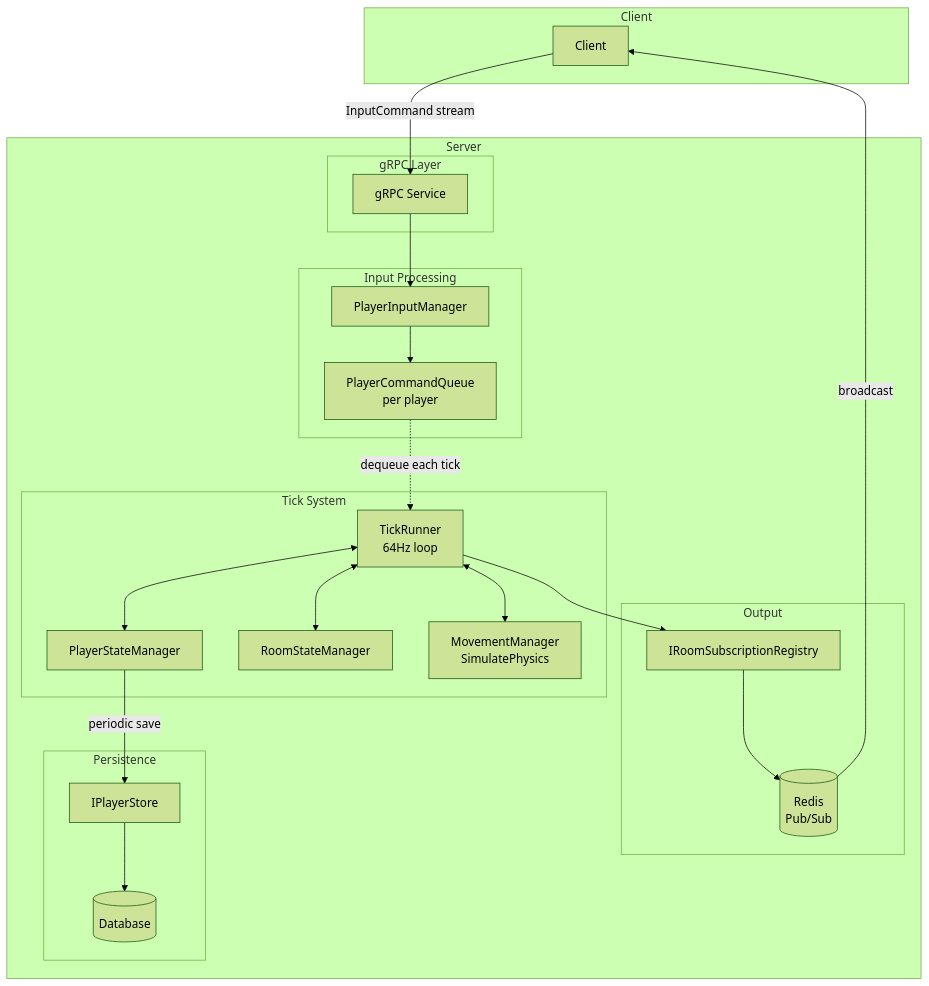
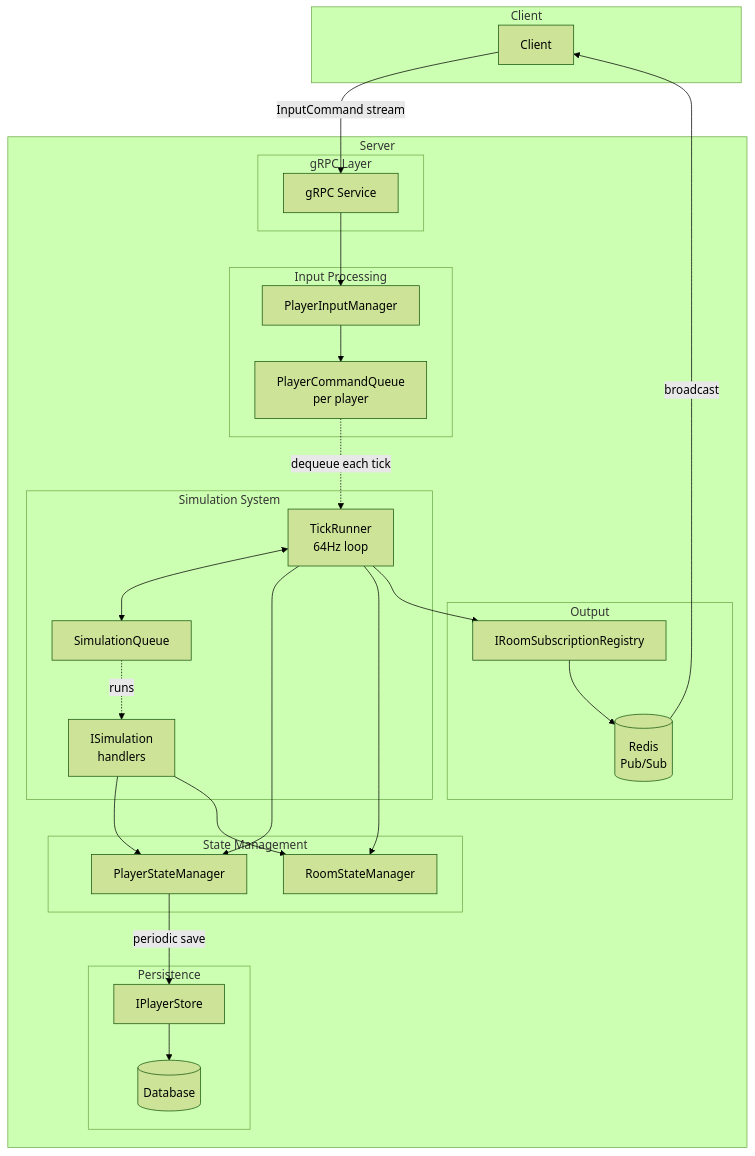
The first of 3 diagrams in DungeonServer/docs/tick-system-architecture.md (mattlau1/DungeonGame), drawn with Mermaid (forest theme) before and after one commit. The commit also changed other lines of this file, not shown here.

Commit message:
update tick system documentation

````diff
--- a/DungeonServer/docs/tick-system-architecture.md
+++ b/DungeonServer/docs/tick-system-architecture.md
@@ -16,47 +17,54 @@
 ```mermaid
 flowchart TB
     subgraph Client
         C[Client]
     end
 
     subgraph Server
         subgraph "gRPC Layer"
             GS[gRPC Service]
         end
 
         subgraph "Input Processing"
             PIM[PlayerInputManager]
             PCQ[PlayerCommandQueue<br/>per player]
         end
 
-        subgraph "Tick System"
+        subgraph "Simulation System"
             TR[TickRunner<br/>64Hz loop]
+            SQ[SimulationQueue]
+            SIM[ISimulation<br/>handlers]
+        end
+
+        subgraph "State Management"
             PSM[PlayerStateManager]
             RSM[RoomStateManager]
-            MM[MovementManager<br/>SimulatePhysics]
         end
 
         subgraph "Output"
             RR[IRoomSubscriptionRegistry]
             Redis[(Redis<br/>Pub/Sub)]
         end
 
         subgraph "Persistence"
             PS[IPlayerStore]
             DB[(Database)]
         end
     end
 
     C -->|InputCommand stream| GS
     GS --> PIM
     PIM --> PCQ
     PCQ -.->|dequeue each tick| TR
-    TR <--> PSM
-    TR <--> RSM
-    TR <--> MM
+    TR <--> SQ
+    SQ -.->|runs| SIM
+    SIM --> PSM
+    SIM --> RSM
+    TR --> PSM
+    TR --> RSM
     TR --> RR
     RR --> Redis
     Redis -->|broadcast| C
     PSM -->|periodic save| PS
     PS --> DB
 ```
````
